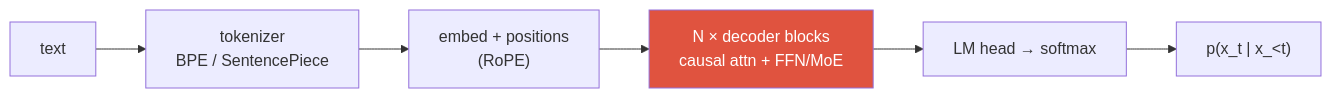
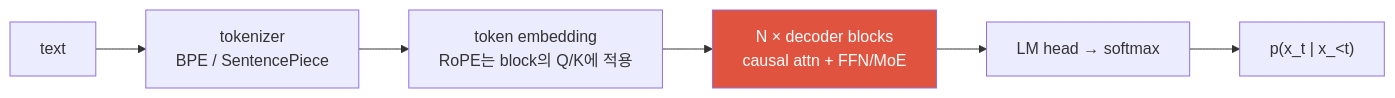
The first of 2 diagrams in content/llm/fundamentals.ko.md (beomyoung-kim/ml_study), drawn with Mermaid before and after one commit. The commit also changed other lines of this file and 209 other files, not shown here.

````diff
--- a/content/llm/fundamentals.ko.md
+++ b/content/llm/fundamentals.ko.md
@@ -10,9 +51,9 @@
 ```mermaid
 flowchart LR
   T["text"] --> BPE["tokenizer<br/>BPE / SentencePiece"]
-  BPE --> E["embed + positions<br/>(RoPE)"]
+  BPE --> E["token embedding<br/>RoPE는 block의 Q/K에 적용"]
   E --> B["N × decoder blocks<br/>causal attn + FFN/MoE"]
   B --> H["LM head → softmax"]
   H --> P["p(x_t | x_&lt;t)"]
   style B fill:#e0533f,color:#fff
 ```
````
